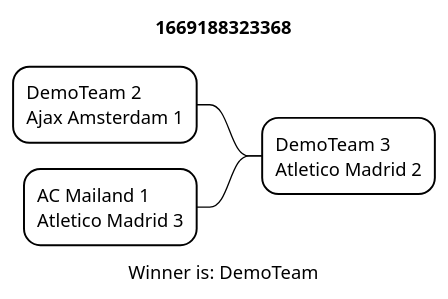
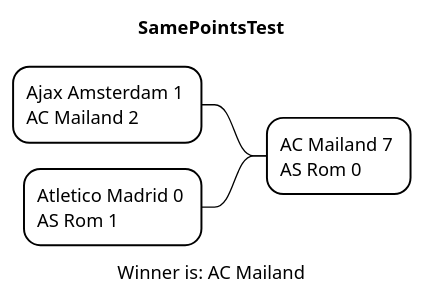
The diagram in asciidocs/plantuml/Result.puml (htl-leonding-project/2022-4ahif-autohaus), drawn with PlantUML before and after one commit. The commit also changed 9 other files, not shown here.

```diff
--- a/asciidocs/plantuml/Result.puml
+++ b/asciidocs/plantuml/Result.puml
@@ -1,19 +1,19 @@
-@startmindmap 1669188323368.png
+@startmindmap SamePointsTest.png
     <style>
     mindmapDiagram{
         node{
             BackgroundColor White
 
         }
         LineColor Black
     }
     </style>
-title 1669188323368
+title SamePointsTest
 
-- DemoTeam 3 \nAtletico Madrid 2
+- AC Mailand 7 \nAS Rom 0
 
--- DemoTeam 2 \nAjax Amsterdam 1
+-- Ajax Amsterdam 1 \nAC Mailand 2
 
--- AC Mailand 1 \nAtletico Madrid 3
-caption Winner is: DemoTeam
+-- Atletico Madrid 0 \nAS Rom 1
+caption Winner is: AC Mailand
 @endmindmap
```
